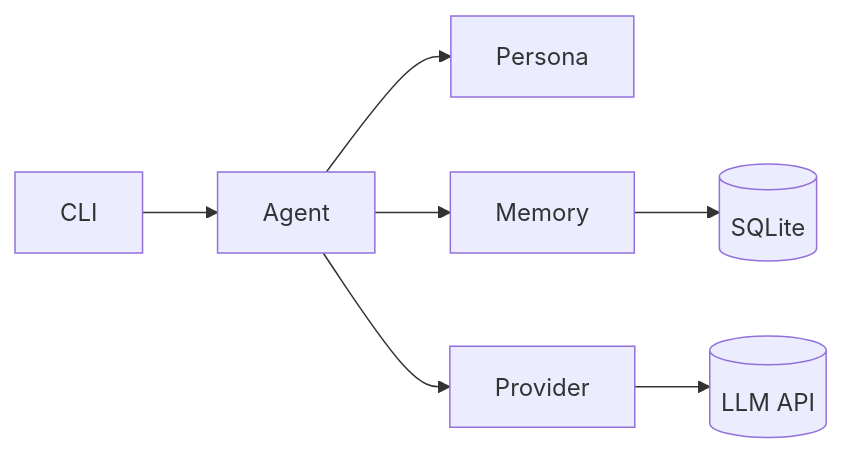
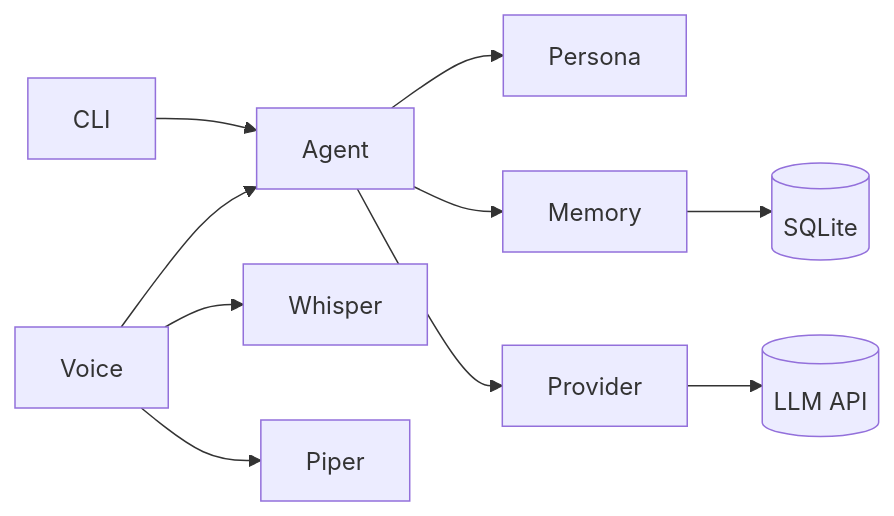
One commit to FrancoisleRouxDev/Project-Relic changed the diagram in README.md. Above: the diagram before and after it, drawn with Mermaid. The commit also changed other lines of this file, not shown here.

Commit message:
docs: document voice mode, config, and troubleshooting

````diff
--- a/README.md
+++ b/README.md
@@ -29,9 +30,12 @@
 ```mermaid
 flowchart LR
     CLI --> Agent
+    Voice --> Agent
     Agent --> Persona
     Agent --> Memory
     Agent --> Provider
     Provider --> LLM[(LLM API)]
     Memory --> DB[(SQLite)]
+    Voice --> STT[Whisper]
+    Voice --> TTS[Piper]
 ```
````
